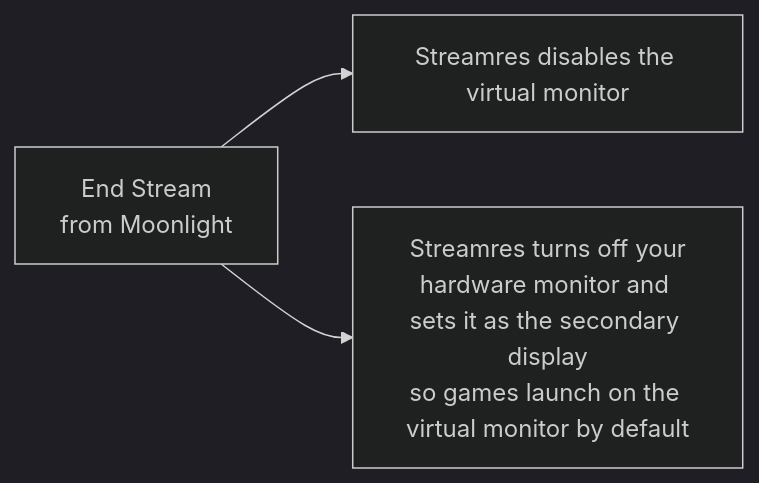
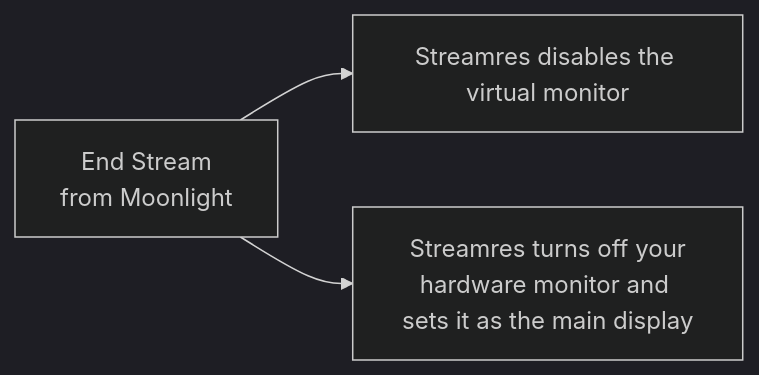
One commit to jt28828/streamres changed the second of 2 diagrams in README.md. Above: the diagram before and after it, drawn with Mermaid (dark theme). The commit also changed other lines of this file, not shown here.

````diff
--- a/README.md
+++ b/README.md
@@ -85,9 +86,8 @@
 ```mermaid
 flowchart LR
     start[End Stream 
     from Moonlight] -->
 virtual[Streamres disables the virtual monitor]
 start --> hardware[Streamres turns off your
-hardware monitor and sets it as the secondary display
-so games launch on the virtual monitor by default]
+hardware monitor and sets it as the main display]
 ```
````
